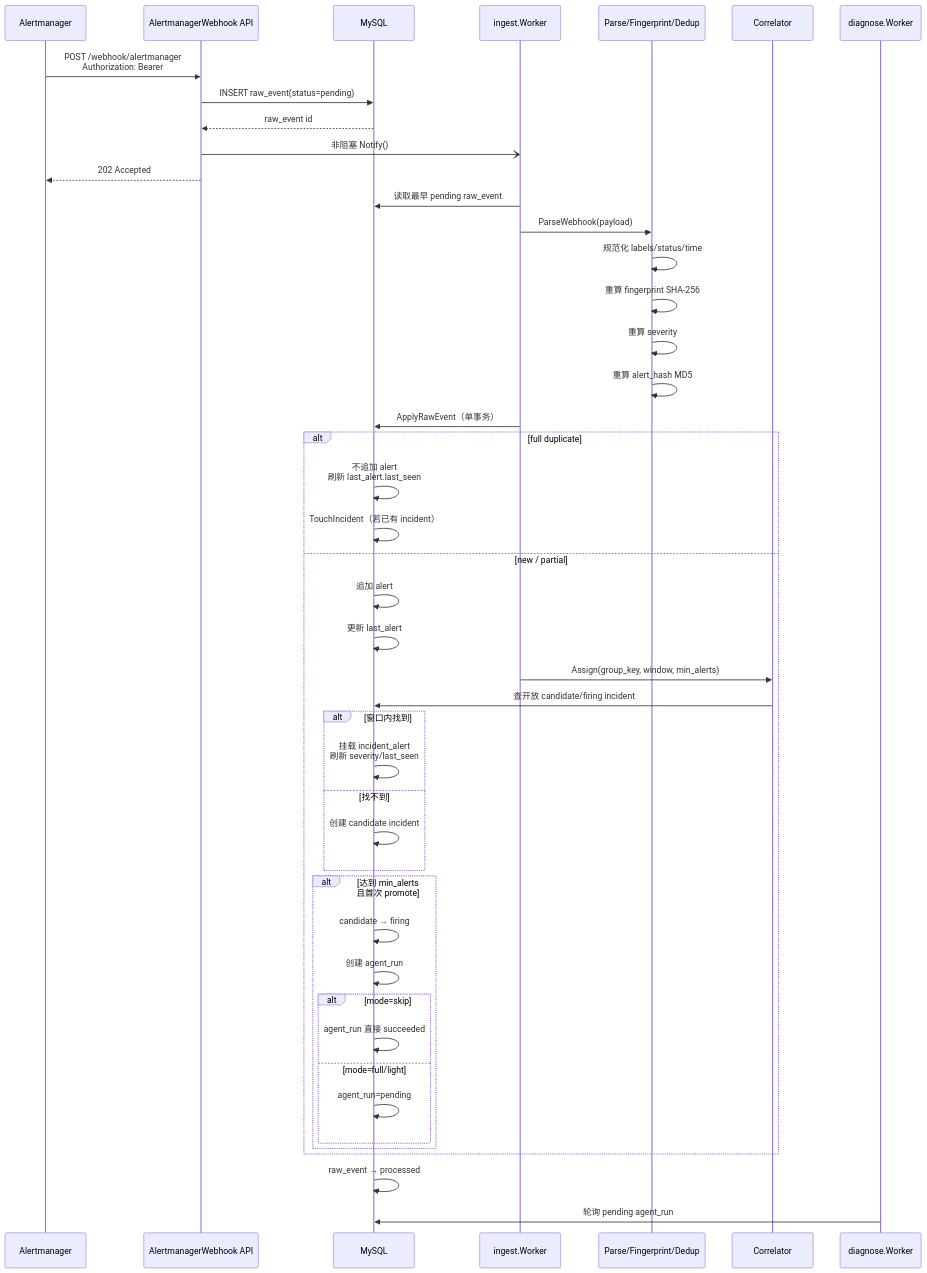
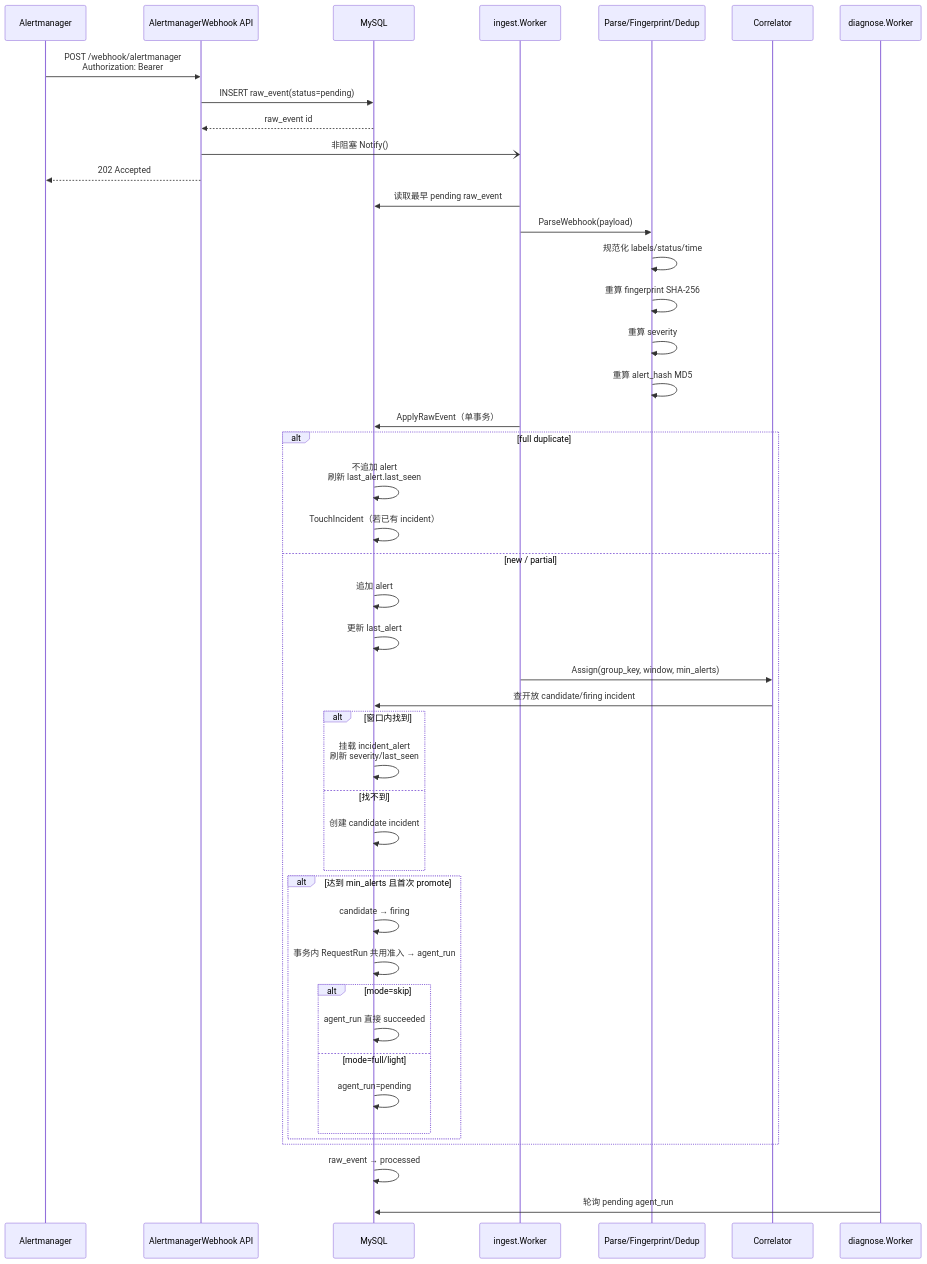
The third of 10 diagrams in docs/current-architecture.md (shentry/AI-Ops), drawn with Mermaid before and after one commit. The commit also changed other lines of this file and 153 other files, not shown here.

````diff
--- a/docs/current-architecture.md
+++ b/docs/current-architecture.md
@@ -232,53 +238,53 @@
 ```mermaid
 sequenceDiagram
     participant AM as Alertmanager
     participant API as AlertmanagerWebhook API
     participant DB as MySQL
     participant IW as ingest.Worker
     participant ING as Parse/Fingerprint/Dedup
     participant COR as Correlator
     participant DW as diagnose.Worker
 
     AM->>API: POST /webhook/alertmanager<br/>Authorization: Bearer
     API->>DB: INSERT raw_event(status=pending)
     DB-->>API: raw_event id
     API-)IW: 非阻塞 Notify()
     API-->>AM: 202 Accepted
 
     IW->>DB: 读取最早 pending raw_event
     IW->>ING: ParseWebhook(payload)
     ING->>ING: 规范化 labels/status/time
     ING->>ING: 重算 fingerprint SHA-256
     ING->>ING: 重算 severity
     ING->>ING: 重算 alert_hash MD5
 
     IW->>DB: ApplyRawEvent（单事务）
 
     alt full duplicate
         DB->>DB: 不追加 alert<br/>刷新 last_alert.last_seen
         DB->>DB: TouchIncident（若已有 incident）
     else new / partial
         DB->>DB: 追加 alert
         DB->>DB: 更新 last_alert
         IW->>COR: Assign(group_key, window, min_alerts)
         COR->>DB: 查开放 candidate/firing incident
         alt 窗口内找到
             DB->>DB: 挂载 incident_alert<br/>刷新 severity/last_seen
         else 找不到
             DB->>DB: 创建 candidate incident
         end
 
         alt 达到 min_alerts 且首次 promote
             DB->>DB: candidate → firing
-            DB->>DB: 创建 agent_run
+            DB->>DB: 事务内 RequestRun 共用准入 → agent_run
             alt mode=skip
                 DB->>DB: agent_run 直接 succeeded
             else mode=full/light
                 DB->>DB: agent_run=pending
             end
         end
     end
 
     DB->>DB: raw_event → processed
     DW->>DB: 轮询 pending agent_run
 ```
````
